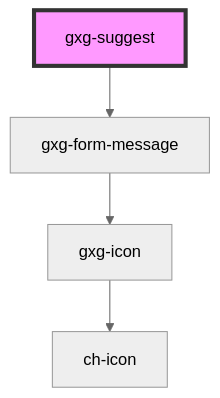
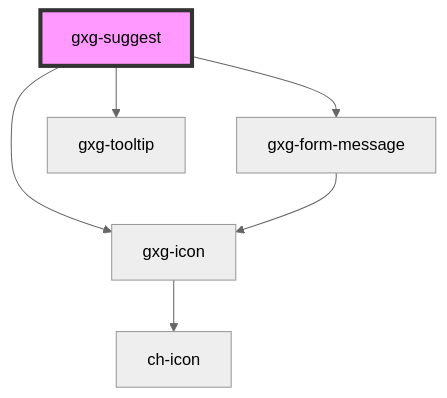
One commit to genexuslabs/gemini changed the diagram in src/components/suggest/readme.md. Above: the diagram before and after it, drawn with Mermaid (neutral theme). The commit also changed other lines of this file and 19 other files, not shown here.

````diff
--- a/src/components/suggest/readme.md
+++ b/src/components/suggest/readme.md
@@ -22,7 +24,9 @@
 ```mermaid
 graph TD;
   gxg-suggest --> gxg-form-message
+  gxg-suggest --> gxg-tooltip
+  gxg-suggest --> gxg-icon
   gxg-form-message --> gxg-icon
   gxg-icon --> ch-icon
   style gxg-suggest fill:#f9f,stroke:#333,stroke-width:4px
 ```
````
